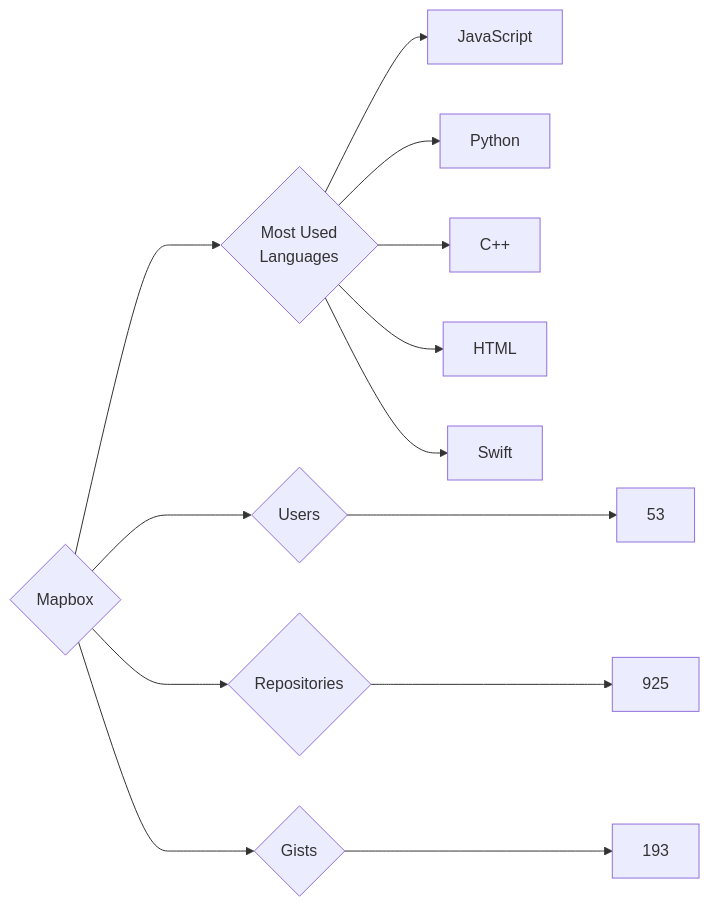
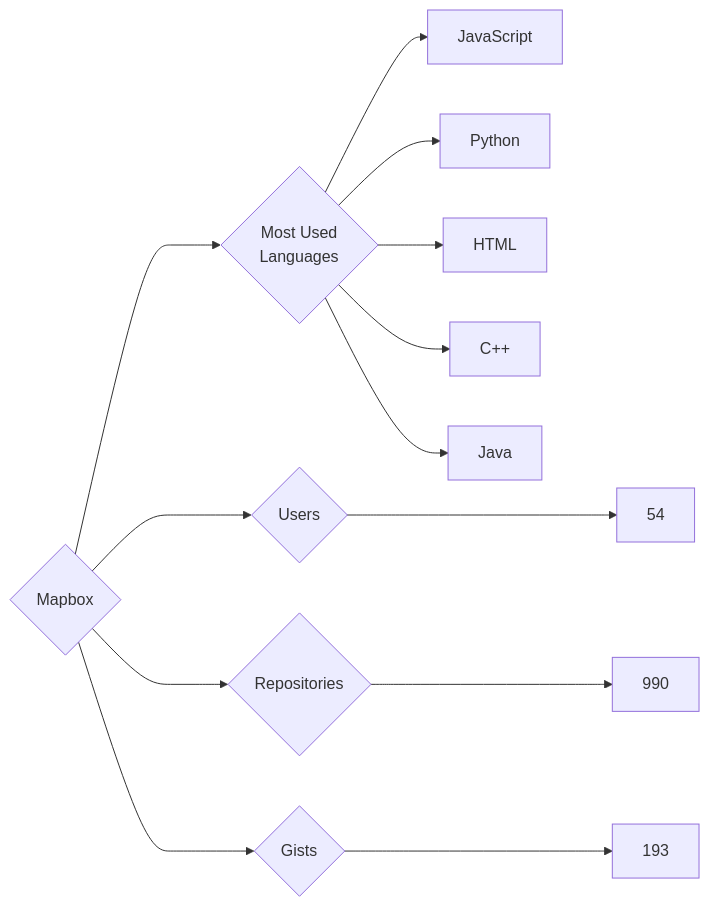
One commit to trickest/insiders changed the diagram in targets/Mapbox/README.md. Above: the diagram before and after it, drawn with Mermaid. The commit also changed 823 other files, not shown here.

````diff
--- a/targets/Mapbox/README.md
+++ b/targets/Mapbox/README.md
@@ -3,13 +3,13 @@
 ```mermaid
 graph LR
 COMPANY_NAME{Mapbox}
-COMPANY_NAME ---> U{Users} ---> UN[53]
-COMPANY_NAME ---> R{Repositories} ---> RN[925]
+COMPANY_NAME ---> U{Users} ---> UN[54]
+COMPANY_NAME ---> R{Repositories} ---> RN[990]
 COMPANY_NAME ---> G{Gists} ---> GN[193]
 COMPANY_NAME ---> ML{Most Used<br>Languages}
 ML --> JavaScript[JavaScript]
 ML --> Python[Python]
+ML --> HTML[HTML]
 ML --> C++[C++]
-ML --> HTML[HTML]
-ML --> Swift[Swift]
+ML --> Java[Java]
 ```
````
